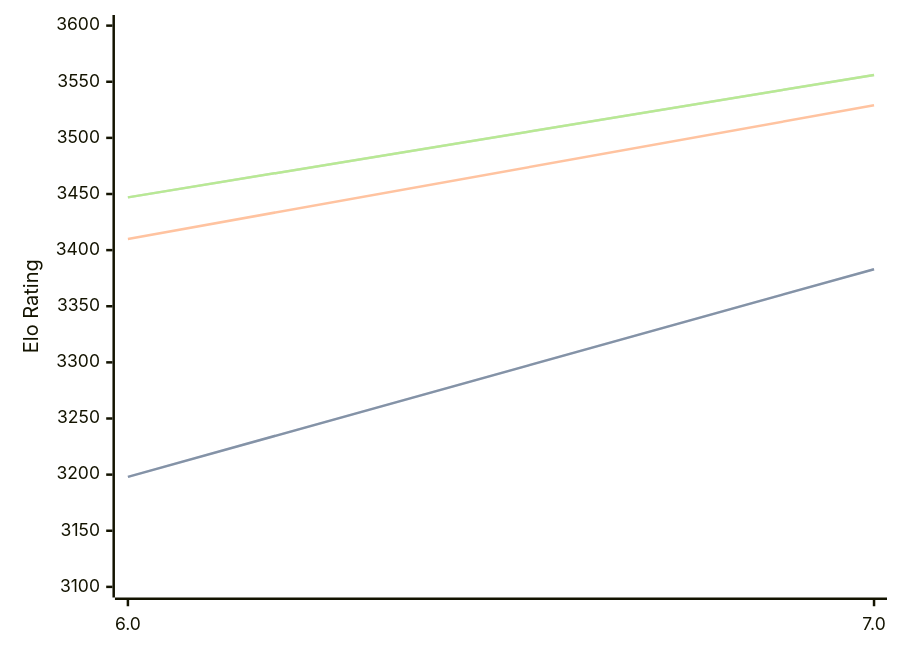
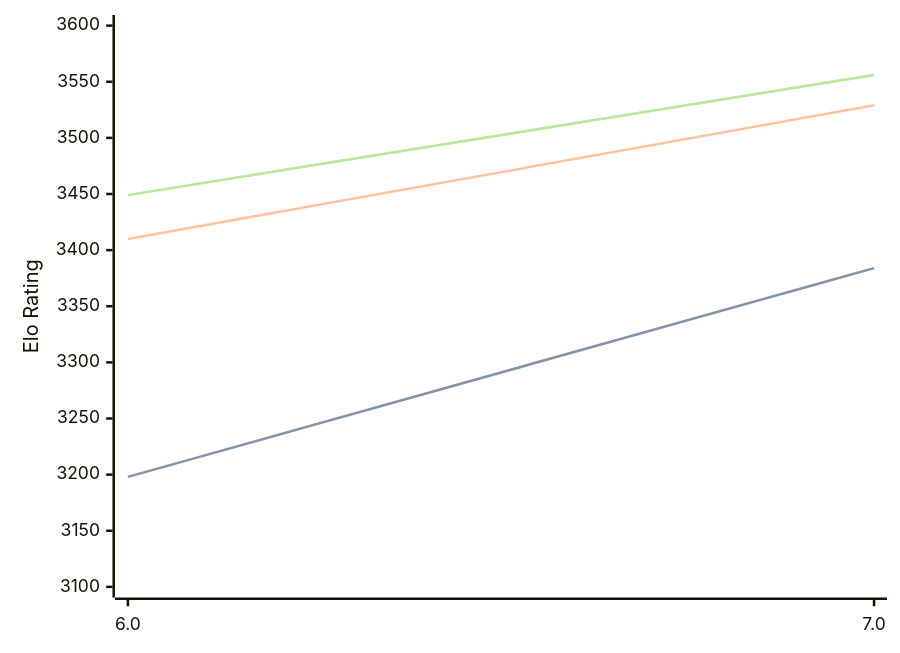
The diagram in engines/Devre.md (computer-chess-index/cci), drawn with Mermaid before and after one commit. The commit also changed other lines of this file, not shown here.

Commit message:
Update CCI Ratings (ELO VLTC) - 2026-09-25

````diff
--- a/engines/Devre.md
+++ b/engines/Devre.md
@@ -32,11 +32,11 @@
 ```mermaid
 %%{init: {"theme":"base","themeVariables":{"seriesColors:['#a3a3a3','#222221','#faa371']}}}%%
 xychart-beta
   x-axis ["6.0", "7.0"]
   y-axis "Elo Rating" 3100 --> 3600
-  line "" [3198, 3383]
-  line "STC (8.0+0.08s)" [3198, 3383]
+  line "" [3198, 3384]
+  line "STC (8.0+0.08s)" [3198, 3384]
   line "LTC (60.0+0.60s)" [3410, 3529]
-  line "" [3447, 3556]
-  line "VLTC (2m24s+1.12s)" [3447, 3556]
+  line "" [3449, 3556]
+  line "VLTC (2m24s+1.12s)" [3449, 3556]
 ```
````
